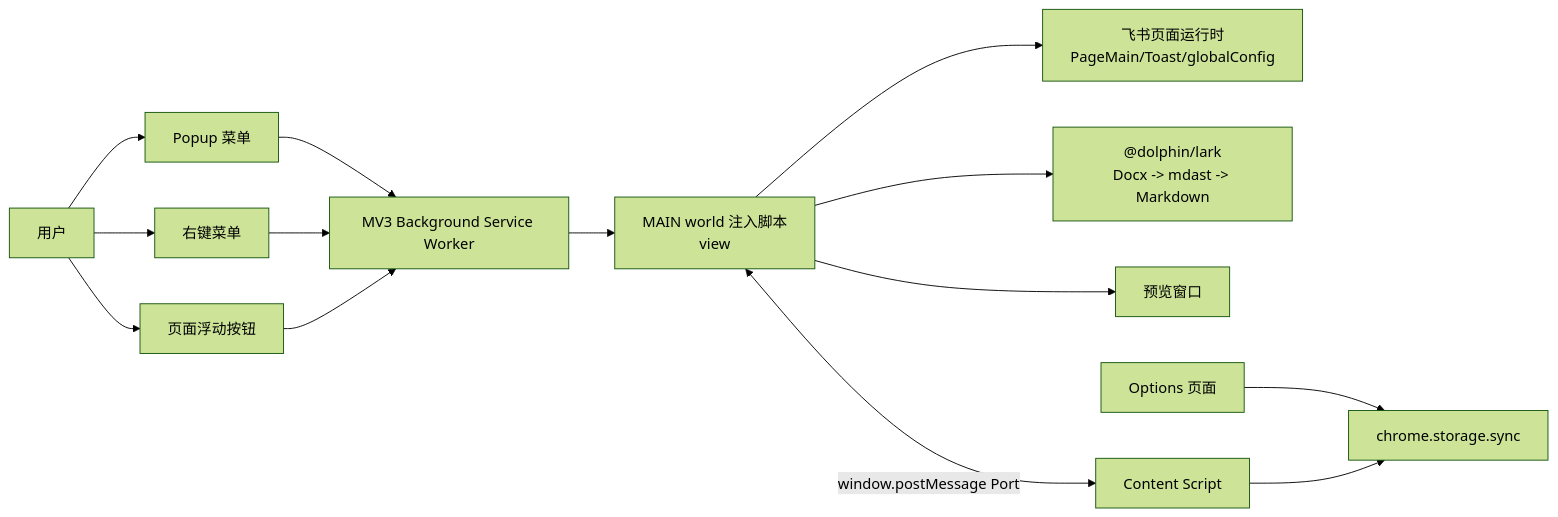
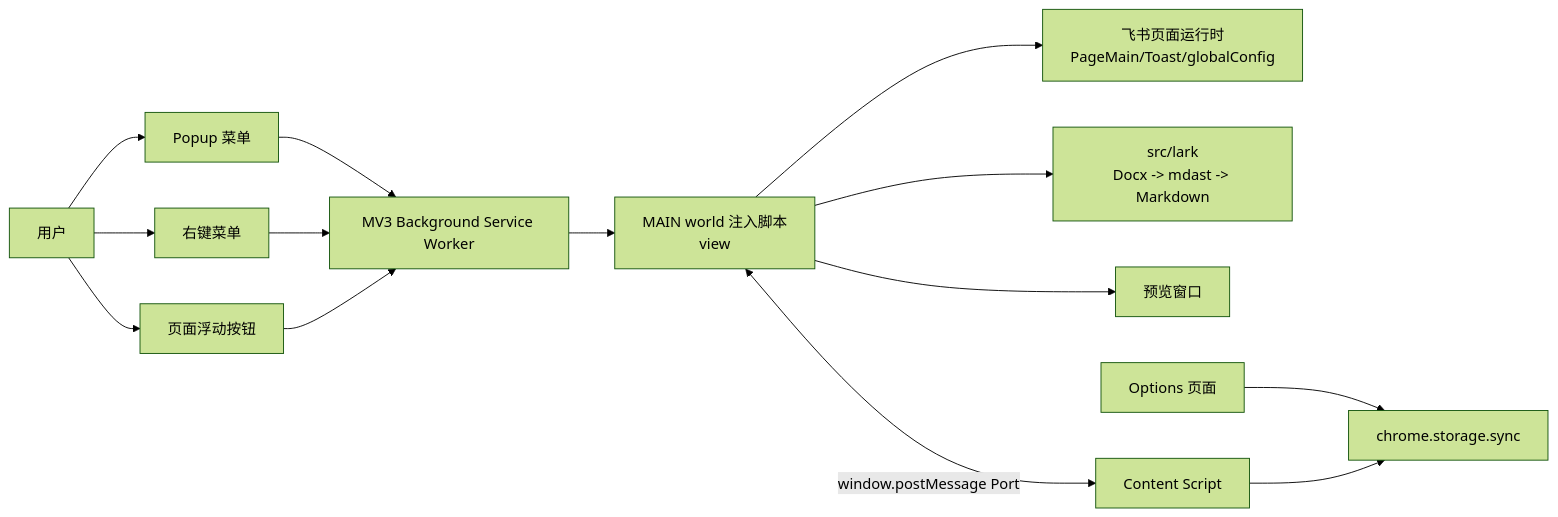
The first of 3 diagrams in docs/architecture-design.md (zhangpengfei-xyz/cloud-document-converter), drawn with Mermaid (forest theme) before and after one commit. The commit also changed other lines of this file and 51 other files, not shown here.

````diff
--- a/docs/architecture-design.md
+++ b/docs/architecture-design.md
@@ -33,19 +33,19 @@
 ```mermaid
 flowchart LR
   User["用户"] --> Popup["Popup 菜单"]
   User --> ContextMenu["右键菜单"]
   User --> FloatingButtons["页面浮动按钮"]
 
   Popup --> Background["MV3 Background Service Worker"]
   ContextMenu --> Background
   FloatingButtons --> Background
 
   Background --> InjectedScripts["MAIN world 注入脚本<br/>view"]
   InjectedScripts --> LarkRuntime["飞书页面运行时<br/>PageMain/Toast/globalConfig"]
-  InjectedScripts --> LarkPackage["@dolphin/lark<br/>Docx -> mdast -> Markdown"]
+  InjectedScripts --> LarkModule["src/lark<br/>Docx -> mdast -> Markdown"]
   InjectedScripts --> Output["预览窗口"]
 
   Options["Options 页面"] --> Storage["chrome.storage.sync"]
   InjectedScripts <-->|window.postMessage Port| Content["Content Script"]
   Content --> Storage
 ```
````
